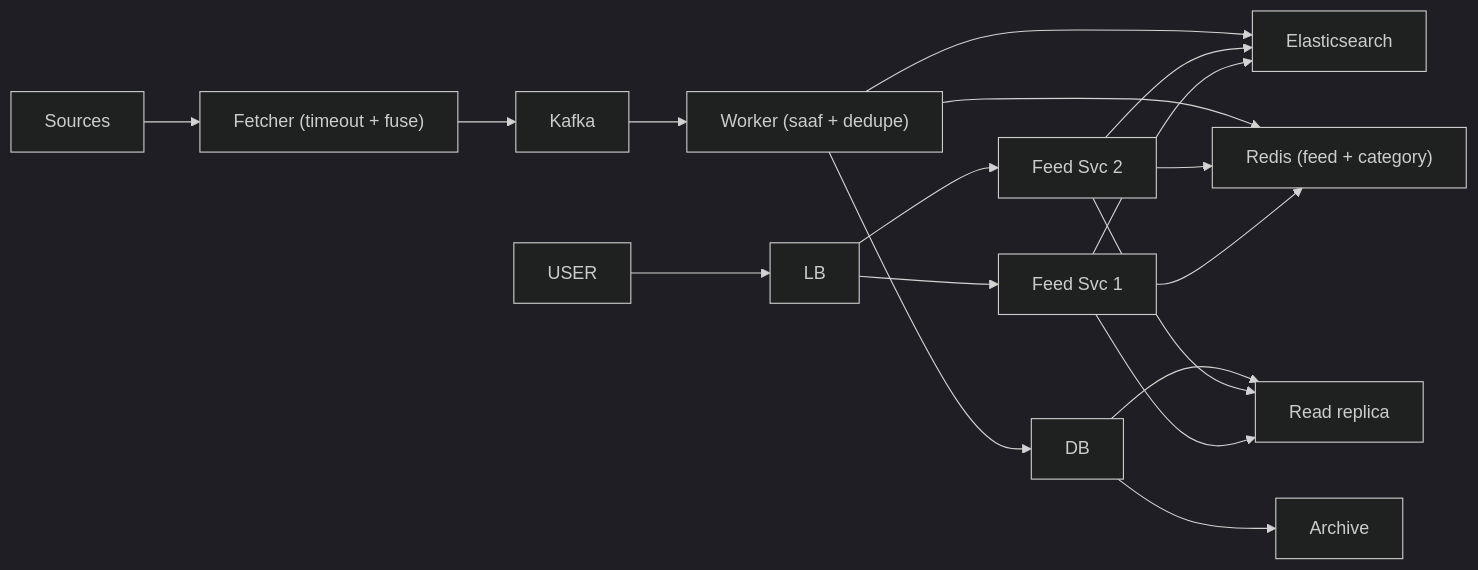
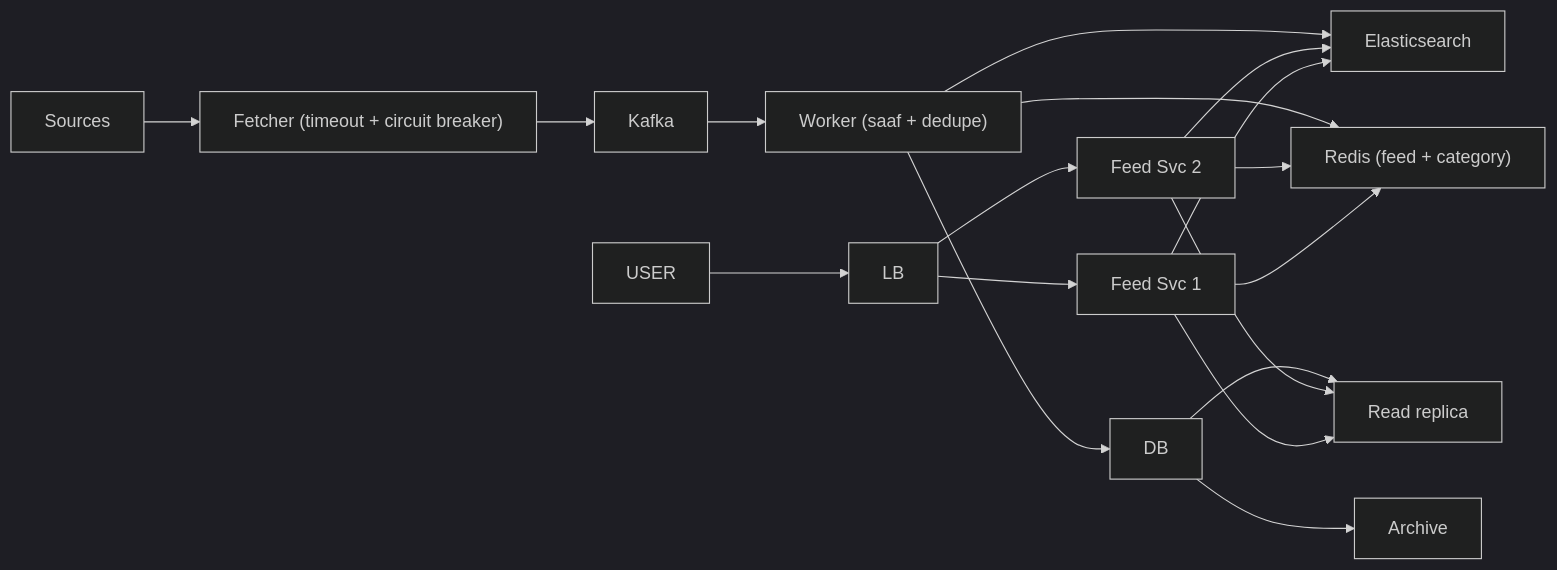
Diagram 11 of 11 in 04_HLD/SYSTEM_DESIGNS/08_news_aggregator/08_news_aggregator_INTERVIEW.md (ArpanMaheshwari144/Prep), drawn with Mermaid (dark theme) before and after one commit. The commit also changed other lines of this file and 12 other files, not shown here.

````diff
--- a/04_HLD/SYSTEM_DESIGNS/08_news_aggregator/08_news_aggregator_INTERVIEW.md
+++ b/04_HLD/SYSTEM_DESIGNS/08_news_aggregator/08_news_aggregator_INTERVIEW.md
@@ -445,34 +445,34 @@
 ```mermaid
 %%{init: {"flowchart": {"wrappingWidth": 450}}}%%
 flowchart LR
     n_USER["USER"]
     n_LB["LB"]
     n_Feed_Svc_x_N_1["Feed Svc 1"]
     n_Feed_Svc_x_N_2["Feed Svc 2"]
     n_Elasticsearch["Elasticsearch"]
     n_Redis["Redis (feed + category)"]
     n_Read_replica["Read replica"]
     n_DB["DB"]
     n_Archive["Archive"]
     n_Worker["Worker (saaf + dedupe)"]
     n_Kafka["Kafka"]
-    n_Fetcher["Fetcher (timeout + fuse)"]
+    n_Fetcher["Fetcher (timeout + circuit breaker)"]
     n_Sources["Sources"]
     n_USER --> n_LB
     n_LB --> n_Feed_Svc_x_N_1
     n_LB --> n_Feed_Svc_x_N_2
     n_Feed_Svc_x_N_1 --> n_Elasticsearch
     n_Feed_Svc_x_N_2 --> n_Elasticsearch
     n_Feed_Svc_x_N_1 --> n_Redis
     n_Feed_Svc_x_N_2 --> n_Redis
     n_Feed_Svc_x_N_1 --> n_Read_replica
     n_Feed_Svc_x_N_2 --> n_Read_replica
     n_DB --> n_Read_replica
     n_DB --> n_Archive
     n_Worker --> n_DB
     n_Worker --> n_Redis
     n_Worker --> n_Elasticsearch
     n_Kafka --> n_Worker
     n_Fetcher --> n_Kafka
     n_Sources --> n_Fetcher
 ```
````
